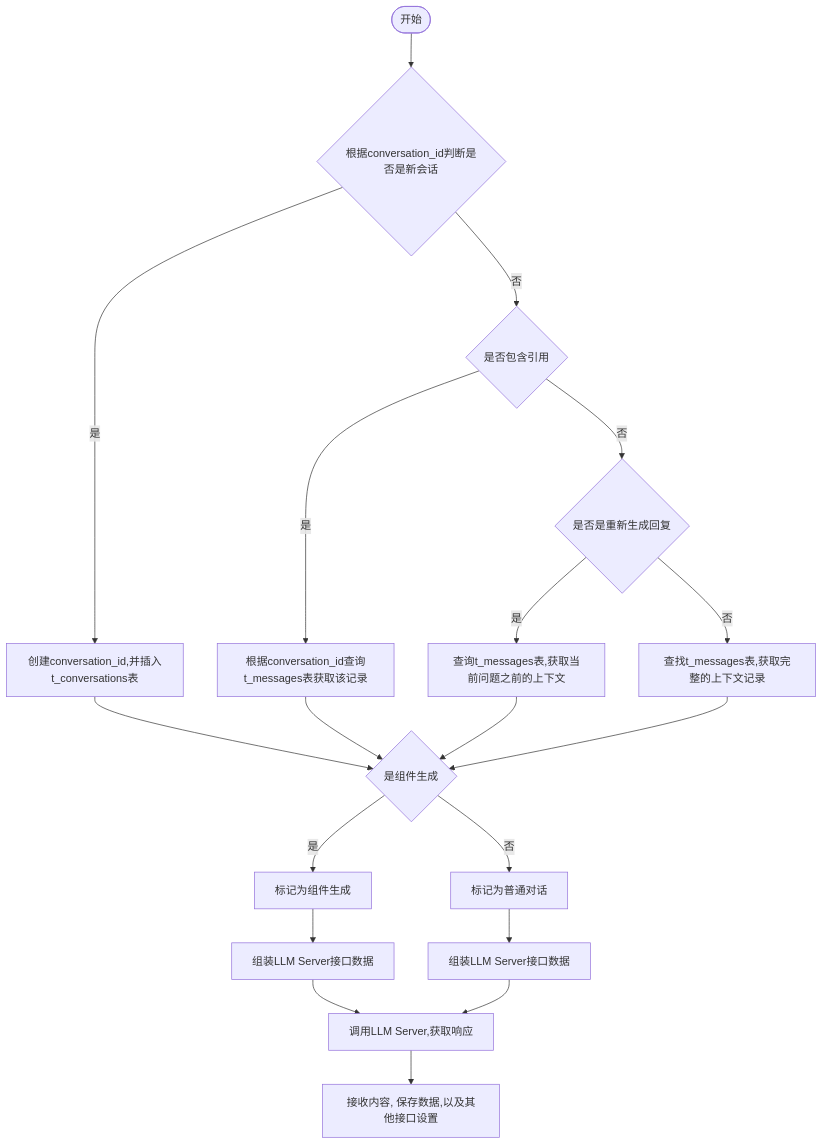
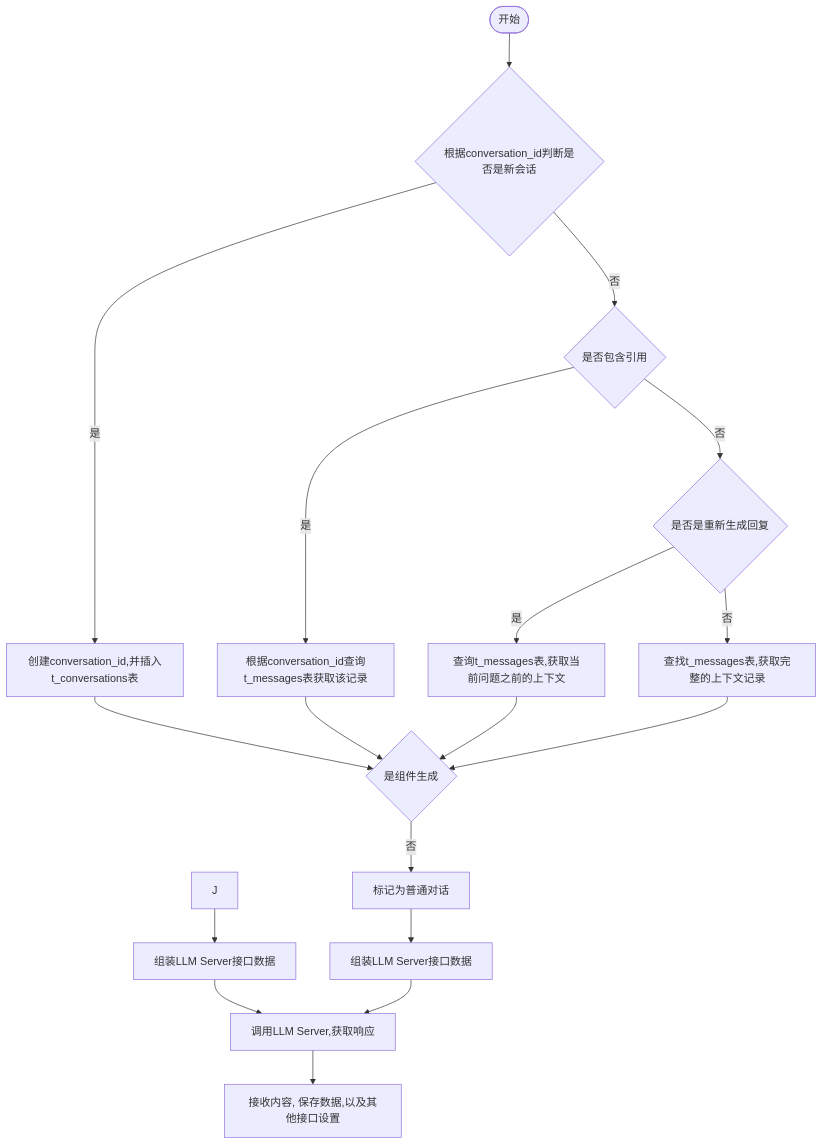
Before and after one commit to yingjianzh/iodraw-files: the diagram in all/未命名-7.md, drawn with Mermaid.

Commit message:
2024-10-12 14:28:36 update

````diff
--- a/all/未命名-7.md
+++ b/all/未命名-7.md
@@ -1,20 +1,20 @@
 ```mermaid
 flowchart TD
     A([开始]) --> B{根据conversation_id判断是否是新会话}
     B -- 是 --> C[创建conversation_id,并插入t_conversations表]
     B -- 否 --> D{是否包含引用}
     D -- 是 --> E[根据conversation_id查询t_messages表获取该记录]
     D -- 否 --> F{是否是重新生成回复}
     F -- 是 --> G[查询t_messages表,获取当前问题之前的上下文]
     F -- 否 --> H[查找t_messages表,获取完整的上下文记录]
      
     C & E & G & H --> I{是组件生成}
-    I -- 是 --> J[标记为组件生成]
+    
     I -- 否 --> K[标记为普通对话]
 
     J --> L[组装LLM Server接口数据]    
     K --> M[组装LLM Server接口数据]    
     L & M --> N[调用LLM Server,获取响应]    
     N --> O[接收内容, 保存数据,以及其他接口设置]
 
 ```
````
